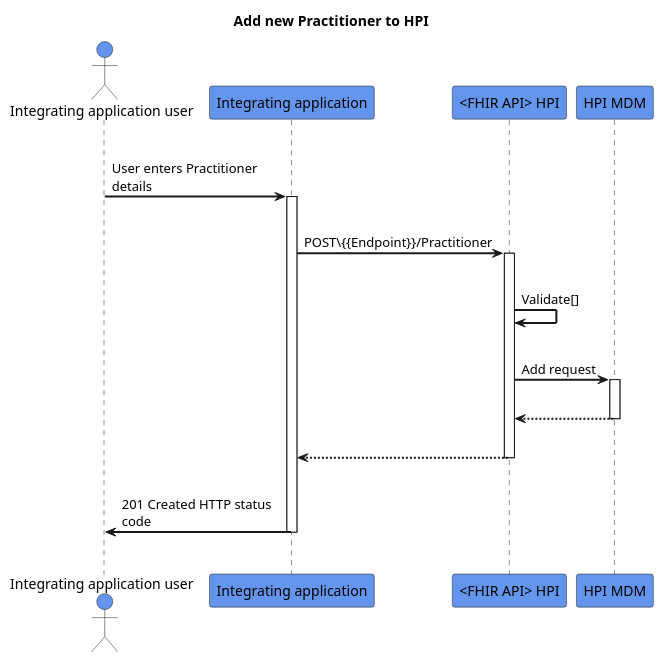
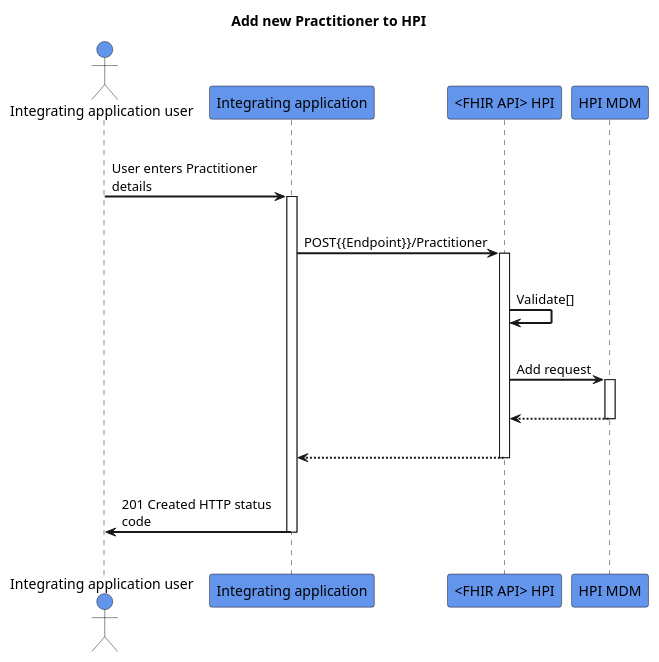
Before and after one commit to HL7NZ/hpi: the diagram in input/images-source/add-practitioner.plantuml, drawn with PlantUML.

```diff
--- a/input/images-source/add-practitioner.plantuml
+++ b/input/images-source/add-practitioner.plantuml
@@ -1,32 +1,32 @@
 @startuml
 skinparam sequenceArrowThickness 2
 skinparam roundcorner 5
 skinparam maxmessagesize 180
 skinparam sequenceParticipant bold
 title Add new Practitioner to HPI
 actor "Integrating application user" as User #CornflowerBlue
 participant "Integrating application" as A #CornflowerBlue
 participant "<FHIR API> HPI" as B #CornflowerBlue
 participant "HPI MDM" as C #CornflowerBlue
 |||
 User -> A: User enters Practitioner details
 activate A
 |||
-A -> B: POST\{{Endpoint}}/Practitioner
+A -> B: POST{{Endpoint}}/Practitioner
 activate B
 |||
 B -> B: Validate[]
 |||
 B -> C: Add request
 activate C
 |||
 C -[dashed]-> B:  
 deactivate C
 |||
 B -[dashed]-> A:
 deactivate B
 |||
 A -> User: 201 Created HTTP status code
 deactivate A
 |||
 @enduml
```
